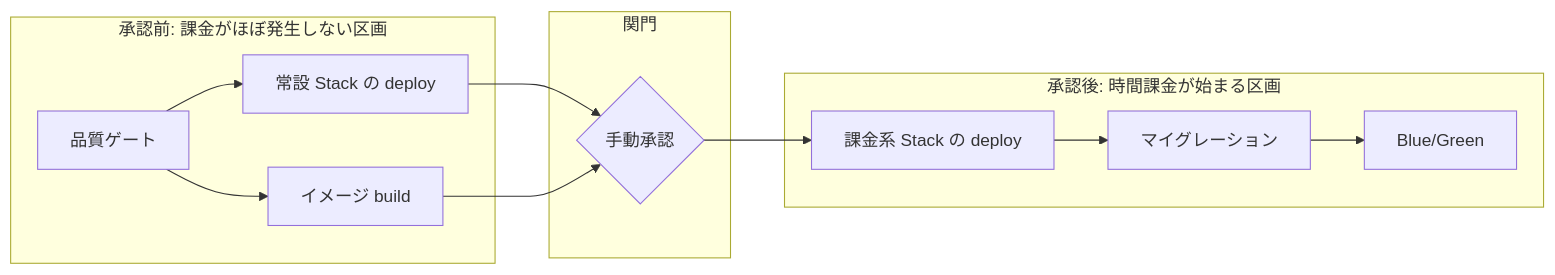
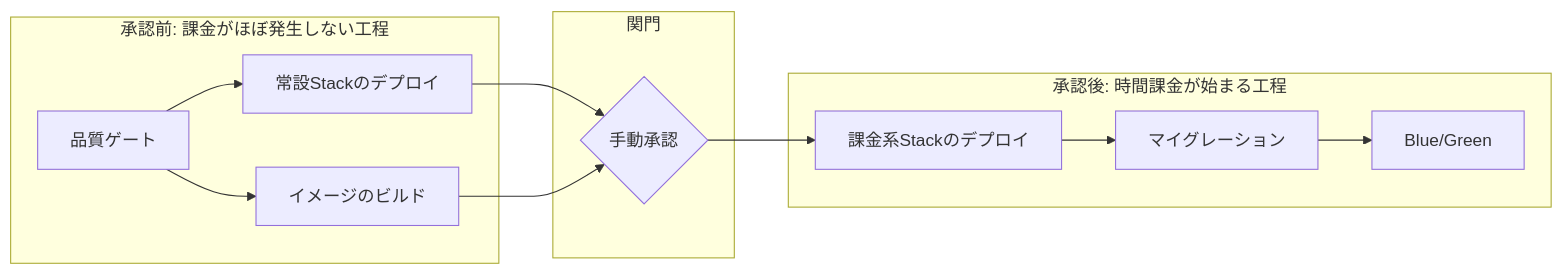
Before and after one commit to kyiwanami/zenn-docs: the second of 6 diagrams in articles/aws-cdk-pipelines-cicd.md, drawn with Mermaid. The commit also changed other lines of this file and 1 other file, not shown here.

````diff
--- a/articles/aws-cdk-pipelines-cicd.md
+++ b/articles/aws-cdk-pipelines-cicd.md
@@ -91,16 +91,16 @@
 ```mermaid
 flowchart LR
-    subgraph free["承認前: 課金がほぼ発生しない区画"]
-        A[品質ゲート] --> B[常設 Stack の deploy]
-        A --> C[イメージ build]
+    subgraph free["承認前: 課金がほぼ発生しない工程"]
+        A[品質ゲート] --> B[常設Stackのデプロイ]
+        A --> C[イメージのビルド]
     end
     subgraph gate["関門"]
         D{手動承認}
     end
-    subgraph paid["承認後: 時間課金が始まる区画"]
-        E[課金系 Stack の deploy] --> F[マイグレーション] --> G[Blue/Green]
+    subgraph paid["承認後: 時間課金が始まる工程"]
+        E[課金系Stackのデプロイ] --> F[マイグレーション] --> G[Blue/Green]
     end
     B --> D
     C --> D
     D --> E
 ```
````
